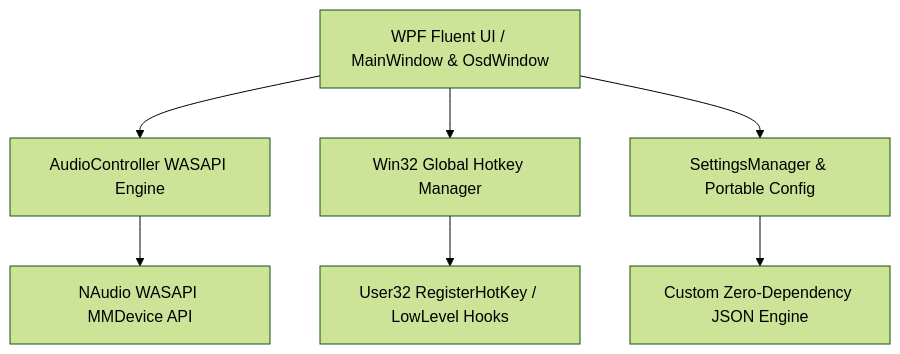
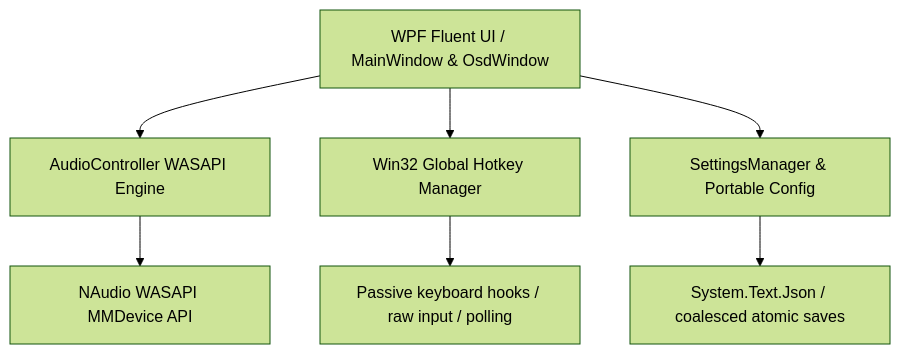
Before and after one commit to youssefhazem3-dot/MicMute: the diagram in README.md, drawn with Mermaid (forest theme). The commit also changed other lines of this file and 7 other files, not shown here.

````diff
--- a/README.md
+++ b/README.md
@@ -68,9 +73,9 @@
 ```mermaid
 graph TD
     UI[WPF Fluent UI / MainWindow & OsdWindow] --> Core[AudioController WASAPI Engine]
     UI --> Hotkeys[Win32 Global Hotkey Manager]
     UI --> Storage[SettingsManager & Portable Config]
     Core --> NAudio[NAudio WASAPI MMDevice API]
-    Hotkeys --> Win32[User32 RegisterHotKey / LowLevel Hooks]
-    Storage --> JSON[Custom Zero-Dependency JSON Engine]
+    Hotkeys --> Win32[Passive keyboard hooks / raw input / polling]
+    Storage --> JSON[System.Text.Json / coalesced atomic saves]
 ```
````
